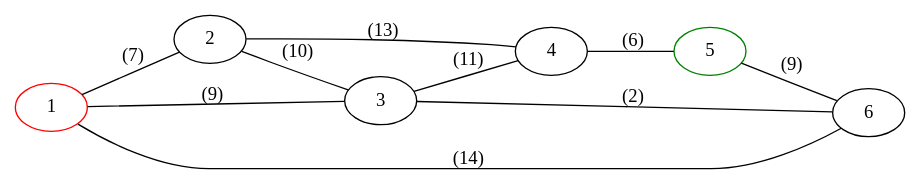
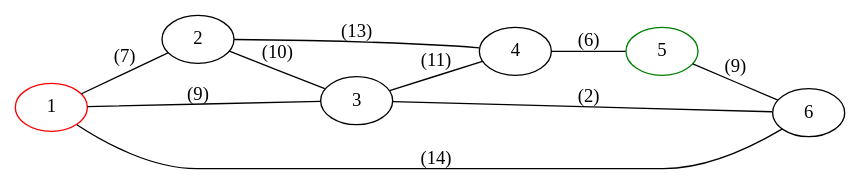
One commit to pgRouting/pgrouting changed the fifth of 6 diagrams in doc/src/pgRouting-concepts.rst. Above: the diagram before and after it, drawn with Graphviz. The commit also changed other lines of this file and 9 other files, not shown here.

```diff
--- a/doc/src/pgRouting-concepts.rst
+++ b/doc/src/pgRouting-concepts.rst
@@ -302,16 +302,16 @@
 .. graphviz::
 
    graph G {
     rankdir="LR";
     1 [color="red"];
     5 [color="green"];
-    1 -- 2 [label="  (7)"];
-    5 -- 6 [label="  (9)"];
-    1 -- 3 [label="  (9)"];
-    1 -- 6 [label="  (14)"];
-    2 -- 3 [label="  (10)"];
-    2 -- 4 [label="  (13)"];
-    3 -- 4 [label="  (11)"];
-    3 -- 6 [label="  (2)"];
-    4 -- 5 [label="  (6)"];
+    1 -- 2 [label="(7)"];
+    5 -- 6 [label="(9)"];
+    1 -- 3 [label="(9)"];
+    1 -- 6 [label="(14)"];
+    2 -- 3 [label="(10)"];
+    2 -- 4 [label="(13)"];
+    3 -- 4 [label="(11)"];
+    3 -- 6 [label="(2)"];
+    4 -- 5 [label="(6)"];
    }
```
